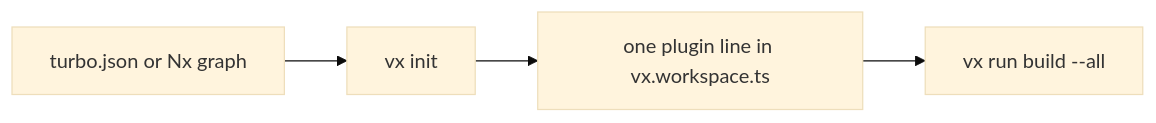
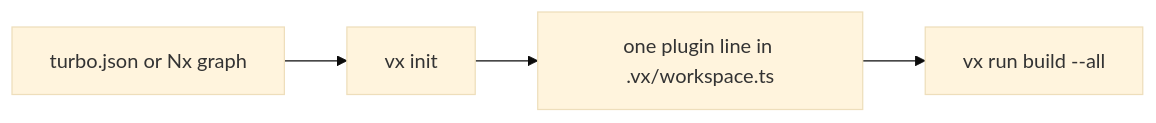
One commit to vznjs/vx changed the diagram in packages/vx-docs/src/content/docs/releases/vx-0-0-199.md. Above: the diagram before and after it, drawn with Mermaid (base theme). The commit also changed other lines of this file and 30 other files, not shown here.

````diff
--- a/packages/vx-docs/src/content/docs/releases/vx-0-0-199.md
+++ b/packages/vx-docs/src/content/docs/releases/vx-0-0-199.md
@@ -51,4 +51,4 @@
 ```mermaid
 flowchart LR
-  T["turbo.json or Nx graph"] --> I["vx init"] --> P["one plugin line in vx.workspace.ts"] --> R["vx run build --all"]
+  T["turbo.json or Nx graph"] --> I["vx init"] --> P["one plugin line in .vx/workspace.ts"] --> R["vx run build --all"]
 ```
````
